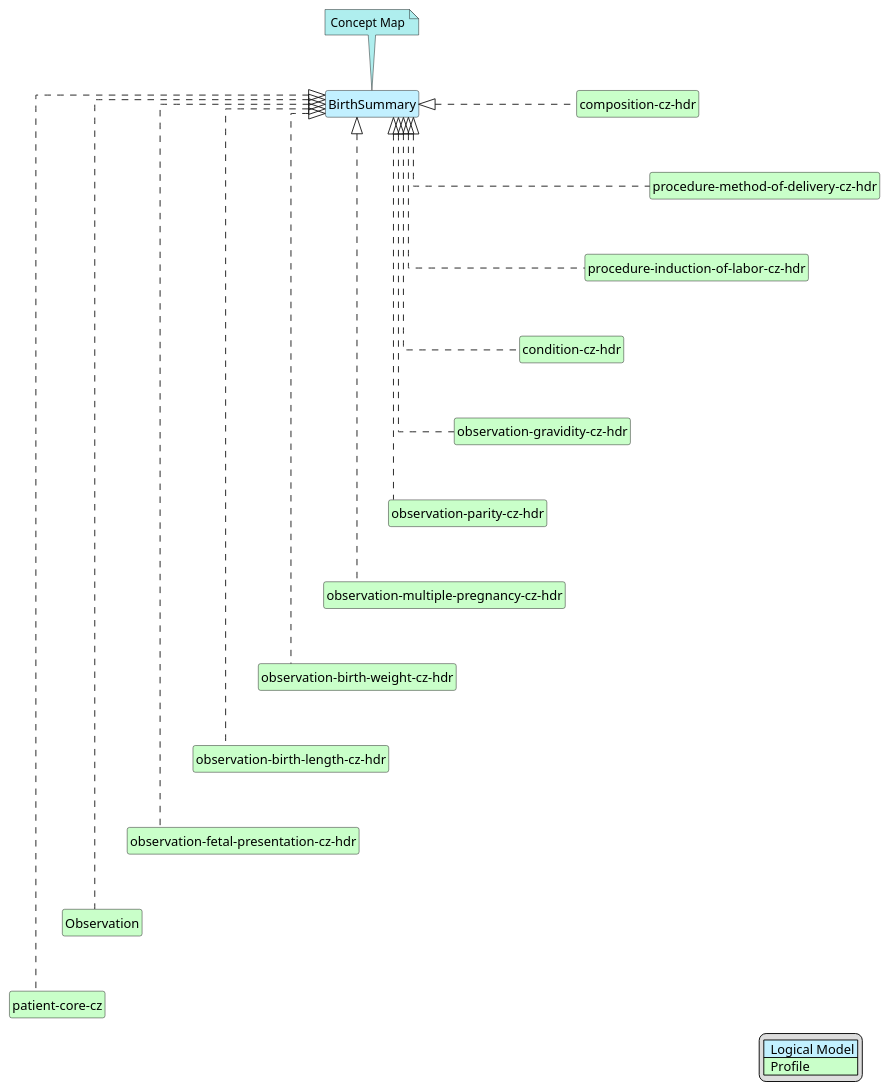
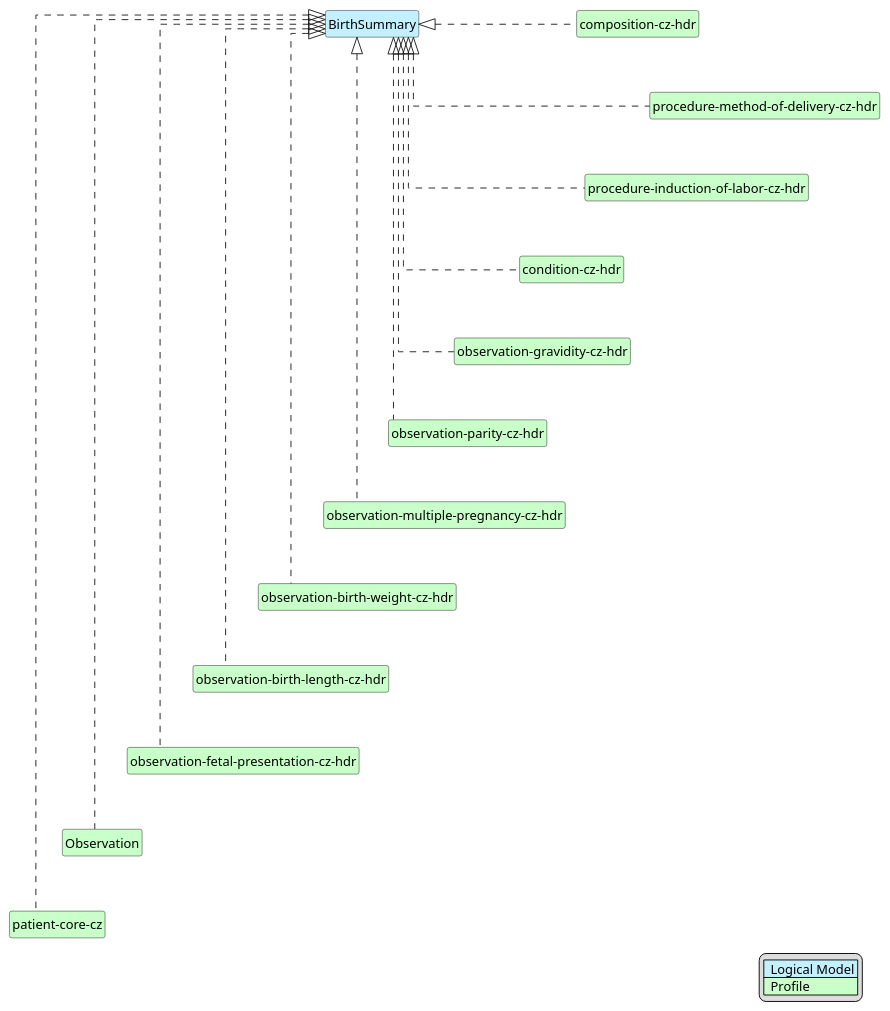
The diagram in input/images-source/BirthSummary-map.plantuml (HL7-cz/hdr), drawn with PlantUML before and after one commit. The commit also changed 29 other files, not shown here.

```diff
--- a/input/images-source/BirthSummary-map.plantuml
+++ b/input/images-source/BirthSummary-map.plantuml
@@ -1,68 +1,65 @@
 @startuml
 hide circle
 hide stereotype
 hide members
 hide methods
 skinparam linetype ortho
 skinparam class {
 BackgroundColor<<LogicalModel>> #APPLICATION
 BackgroundColor<<Profile>> #TECHNOLOGY
 }
 legend right
 | <#APPLICATION>  Logical Model |
 | <#TECHNOLOGY>  Profile |
 endlegend
 
 class "BirthSummary" <<LogicalModel>> [[StructureDefinition-LMBirthSummaryEnCz.html]]
-note top #PaleTurquoise [[ConceptMap-birthSummary2FHIR-hdr-cz.html]]
-Concept Map
-endnote
 
 class "composition-cz-hdr" <<Profile>> [[StructureDefinition-cz-composition-hdr.html]]
 "BirthSummary" <|. "composition-cz-hdr"
 
 class "procedure-method-of-delivery-cz-hdr" <<Profile>> [[StructureDefinition-cz-procedure-method-of-delivery-hdr.html]]
 "BirthSummary" <|. "procedure-method-of-delivery-cz-hdr"
 "composition-cz-hdr" -d[hidden]-> "procedure-method-of-delivery-cz-hdr"
 
 class "procedure-induction-of-labor-cz-hdr" <<Profile>> [[StructureDefinition-cz-procedure-induction-of-labor-hdr.html]]
 "BirthSummary" <|. "procedure-induction-of-labor-cz-hdr"
 "procedure-method-of-delivery-cz-hdr" -d[hidden]-> "procedure-induction-of-labor-cz-hdr"
 
 class "condition-cz-hdr" <<Profile>> [[StructureDefinition-cz-condition-hdr.html]]
 "BirthSummary" <|. "condition-cz-hdr"
 "procedure-induction-of-labor-cz-hdr" -d[hidden]-> "condition-cz-hdr"
 
 class "observation-gravidity-cz-hdr" <<Profile>> [[StructureDefinition-cz-observation-gravidity.html]]
 "BirthSummary" <|. "observation-gravidity-cz-hdr"
 "condition-cz-hdr" -d[hidden]-> "observation-gravidity-cz-hdr"
 
 class "observation-parity-cz-hdr" <<Profile>> [[StructureDefinition-cz-observation-parity.html]]
 "BirthSummary" <|. "observation-parity-cz-hdr"
 "observation-gravidity-cz-hdr" -d[hidden]-> "observation-parity-cz-hdr"
 
 class "observation-multiple-pregnancy-cz-hdr" <<Profile>> [[StructureDefinition-cz-observation-multiple-pregnancy.html]]
 "BirthSummary" <|. "observation-multiple-pregnancy-cz-hdr"
 "observation-parity-cz-hdr" -d[hidden]-> "observation-multiple-pregnancy-cz-hdr"
 
 class "observation-birth-weight-cz-hdr" <<Profile>> [[StructureDefinition-cz-observation-birth-weight.html]]
 "BirthSummary" <|. "observation-birth-weight-cz-hdr"
 "observation-multiple-pregnancy-cz-hdr" -d[hidden]-> "observation-birth-weight-cz-hdr"
 
 class "observation-birth-length-cz-hdr" <<Profile>> [[StructureDefinition-cz-observation-birth-length.html]]
 "BirthSummary" <|. "observation-birth-length-cz-hdr"
 "observation-birth-weight-cz-hdr" -d[hidden]-> "observation-birth-length-cz-hdr"
 
 class "observation-fetal-presentation-cz-hdr" <<Profile>> [[StructureDefinition-cz-observation-fetal-presentation.html]]
 "BirthSummary" <|. "observation-fetal-presentation-cz-hdr"
 "observation-birth-length-cz-hdr" -d[hidden]-> "observation-fetal-presentation-cz-hdr"
 
 class "Observation" <<Profile>> [[http://hl7.org/fhir/StructureDefinition/Observation]]
 "BirthSummary" <|. "Observation"
 "observation-fetal-presentation-cz-hdr" -d[hidden]-> "Observation"
 
 class "patient-core-cz" <<Profile>> [[https://build.fhir.org/ig/HL7-cz/cz-core/StructureDefinition-cz-patient-core.html]]
 "BirthSummary" <|. "patient-core-cz"
 "Observation" -d[hidden]-> "patient-core-cz"
 
 @enduml
```
